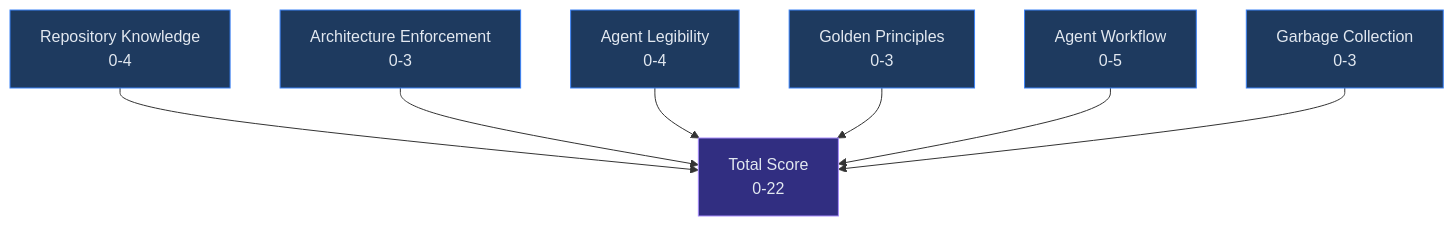
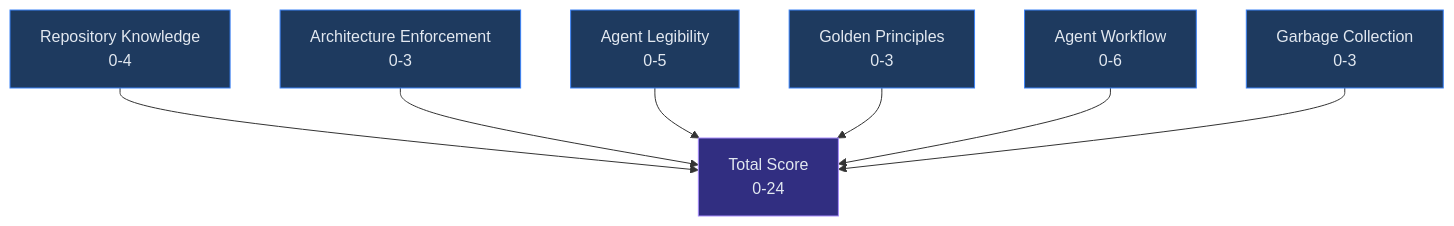
Before and after one commit to WellDunDun/reins: the fourth of 4 diagrams in README.md, drawn with Mermaid. The commit also changed other lines of this file and 16 other files, not shown here.

````diff
--- a/README.md
+++ b/README.md
@@ -237,25 +240,25 @@
 ```mermaid
 graph TD
-    Score["Total Score\n0-22"]
+    Score["Total Score\n0-24"]
     RK["Repository Knowledge\n0-4"]
     AE["Architecture Enforcement\n0-3"]
-    AL["Agent Legibility\n0-4"]
+    AL["Agent Legibility\n0-5"]
     GP["Golden Principles\n0-3"]
-    AW["Agent Workflow\n0-5"]
+    AW["Agent Workflow\n0-6"]
     GC["Garbage Collection\n0-3"]
 
     RK --> Score
     AE --> Score
     AL --> Score
     GP --> Score
     AW --> Score
     GC --> Score
 
     style Score fill:#312e81,stroke:#a78bfa,color:#e2e8f0
     style RK fill:#1e3a5f,stroke:#3b82f6,color:#e2e8f0
     style AE fill:#1e3a5f,stroke:#3b82f6,color:#e2e8f0
     style AL fill:#1e3a5f,stroke:#3b82f6,color:#e2e8f0
     style GP fill:#1e3a5f,stroke:#3b82f6,color:#e2e8f0
     style AW fill:#1e3a5f,stroke:#3b82f6,color:#e2e8f0
     style GC fill:#1e3a5f,stroke:#3b82f6,color:#e2e8f0
 ```
````
